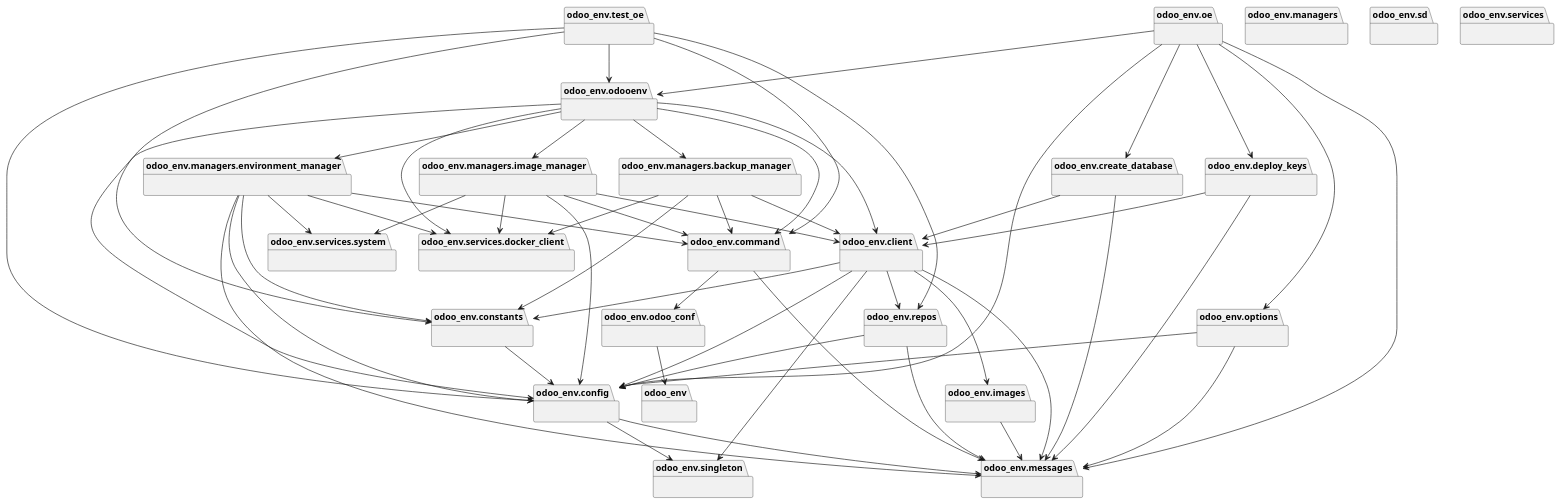
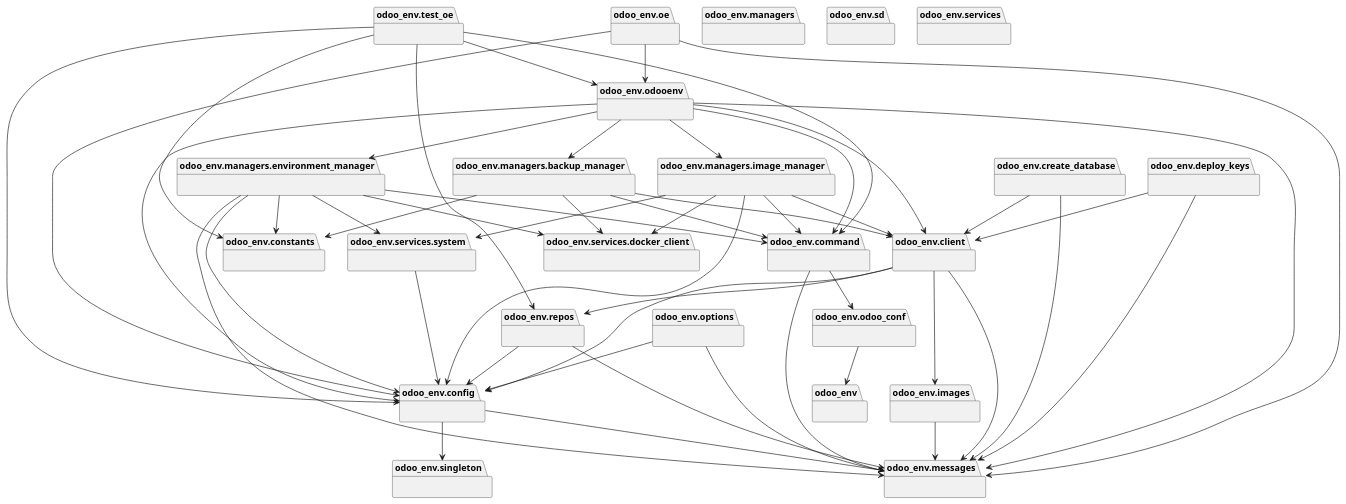
One commit to jobiols/odoo-env changed the diagram in doc/uml/packages_odoo_env.plantuml. Above: the diagram before and after it, drawn with PlantUML. The commit also changed 12 other files, not shown here.

```diff
--- a/doc/uml/packages_odoo_env.plantuml
+++ b/doc/uml/packages_odoo_env.plantuml
@@ -1,105 +1,100 @@
 @startuml packages_odoo_env
 set namespaceSeparator none
 package "odoo_env" as odoo_env {
 }
 package "odoo_env.client" as odoo_env.client {
 }
 package "odoo_env.command" as odoo_env.command {
 }
 package "odoo_env.config" as odoo_env.config {
 }
 package "odoo_env.constants" as odoo_env.constants {
 }
 package "odoo_env.create_database" as odoo_env.create_database {
 }
 package "odoo_env.deploy_keys" as odoo_env.deploy_keys {
 }
 package "odoo_env.images" as odoo_env.images {
 }
 package "odoo_env.managers" as odoo_env.managers {
 }
 package "odoo_env.managers.backup_manager" as odoo_env.managers.backup_manager {
 }
 package "odoo_env.managers.environment_manager" as odoo_env.managers.environment_manager {
 }
 package "odoo_env.managers.image_manager" as odoo_env.managers.image_manager {
 }
 package "odoo_env.messages" as odoo_env.messages {
 }
 package "odoo_env.odoo_conf" as odoo_env.odoo_conf {
 }
 package "odoo_env.odooenv" as odoo_env.odooenv {
 }
 package "odoo_env.oe" as odoo_env.oe {
 }
 package "odoo_env.options" as odoo_env.options {
 }
 package "odoo_env.repos" as odoo_env.repos {
 }
 package "odoo_env.sd" as odoo_env.sd {
 }
 package "odoo_env.services" as odoo_env.services {
 }
 package "odoo_env.services.docker_client" as odoo_env.services.docker_client {
 }
 package "odoo_env.services.system" as odoo_env.services.system {
 }
 package "odoo_env.singleton" as odoo_env.singleton {
 }
 package "odoo_env.test_oe" as odoo_env.test_oe {
 }
 odoo_env.client --> odoo_env.config
-odoo_env.client --> odoo_env.constants
 odoo_env.client --> odoo_env.images
 odoo_env.client --> odoo_env.messages
 odoo_env.client --> odoo_env.repos
-odoo_env.client --> odoo_env.singleton
 odoo_env.command --> odoo_env.messages
 odoo_env.command --> odoo_env.odoo_conf
 odoo_env.config --> odoo_env.messages
 odoo_env.config --> odoo_env.singleton
-odoo_env.constants --> odoo_env.config
 odoo_env.create_database --> odoo_env.client
 odoo_env.create_database --> odoo_env.messages
 odoo_env.deploy_keys --> odoo_env.client
 odoo_env.deploy_keys --> odoo_env.messages
 odoo_env.images --> odoo_env.messages
 odoo_env.managers.backup_manager --> odoo_env.client
 odoo_env.managers.backup_manager --> odoo_env.command
 odoo_env.managers.backup_manager --> odoo_env.constants
 odoo_env.managers.backup_manager --> odoo_env.services.docker_client
 odoo_env.managers.environment_manager --> odoo_env.command
 odoo_env.managers.environment_manager --> odoo_env.config
 odoo_env.managers.environment_manager --> odoo_env.constants
 odoo_env.managers.environment_manager --> odoo_env.messages
 odoo_env.managers.environment_manager --> odoo_env.services.docker_client
 odoo_env.managers.environment_manager --> odoo_env.services.system
 odoo_env.managers.image_manager --> odoo_env.client
 odoo_env.managers.image_manager --> odoo_env.command
 odoo_env.managers.image_manager --> odoo_env.config
 odoo_env.managers.image_manager --> odoo_env.services.docker_client
 odoo_env.managers.image_manager --> odoo_env.services.system
 odoo_env.odoo_conf --> odoo_env
 odoo_env.odooenv --> odoo_env.client
 odoo_env.odooenv --> odoo_env.command
 odoo_env.odooenv --> odoo_env.config
 odoo_env.odooenv --> odoo_env.managers.backup_manager
 odoo_env.odooenv --> odoo_env.managers.environment_manager
 odoo_env.odooenv --> odoo_env.managers.image_manager
-odoo_env.odooenv --> odoo_env.services.docker_client
+odoo_env.odooenv --> odoo_env.messages
 odoo_env.oe --> odoo_env.config
-odoo_env.oe --> odoo_env.create_database
-odoo_env.oe --> odoo_env.deploy_keys
 odoo_env.oe --> odoo_env.messages
 odoo_env.oe --> odoo_env.odooenv
-odoo_env.oe --> odoo_env.options
 odoo_env.options --> odoo_env.config
 odoo_env.options --> odoo_env.messages
 odoo_env.repos --> odoo_env.config
 odoo_env.repos --> odoo_env.messages
+odoo_env.services.system --> odoo_env.config
 odoo_env.test_oe --> odoo_env.command
 odoo_env.test_oe --> odoo_env.config
 odoo_env.test_oe --> odoo_env.constants
 odoo_env.test_oe --> odoo_env.odooenv
 odoo_env.test_oe --> odoo_env.repos
 @enduml
```
